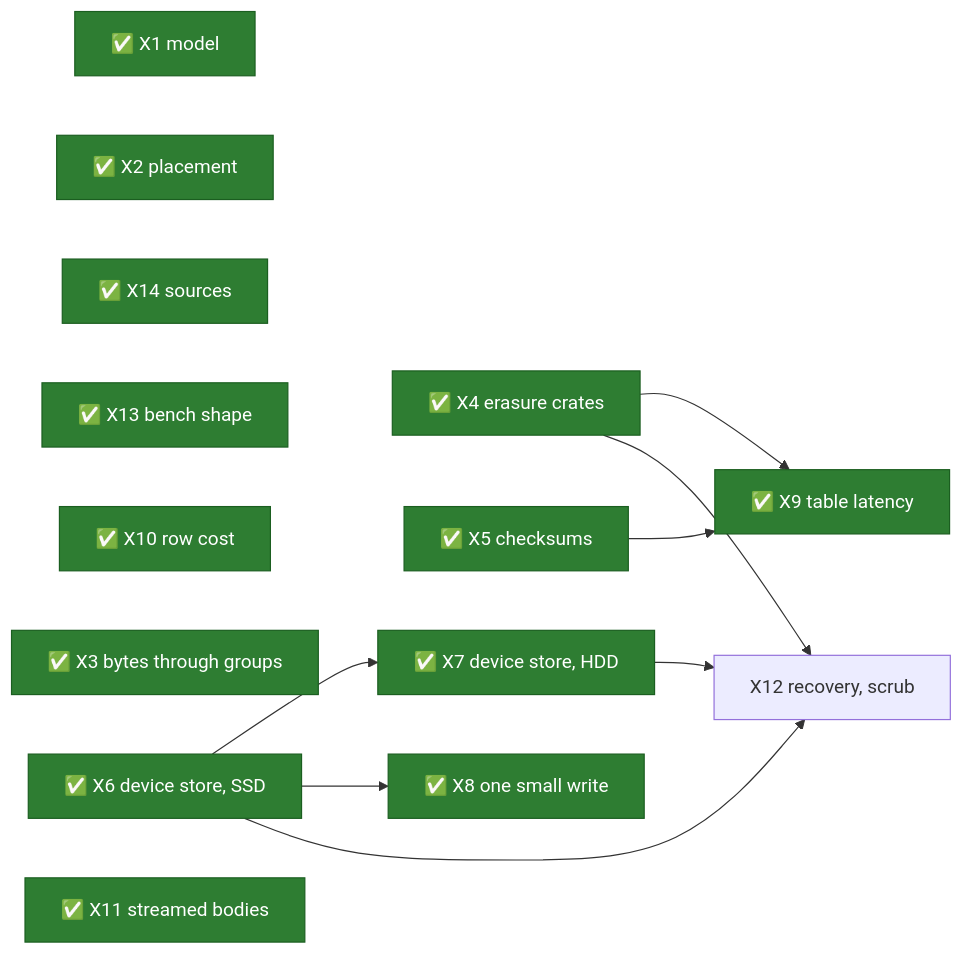
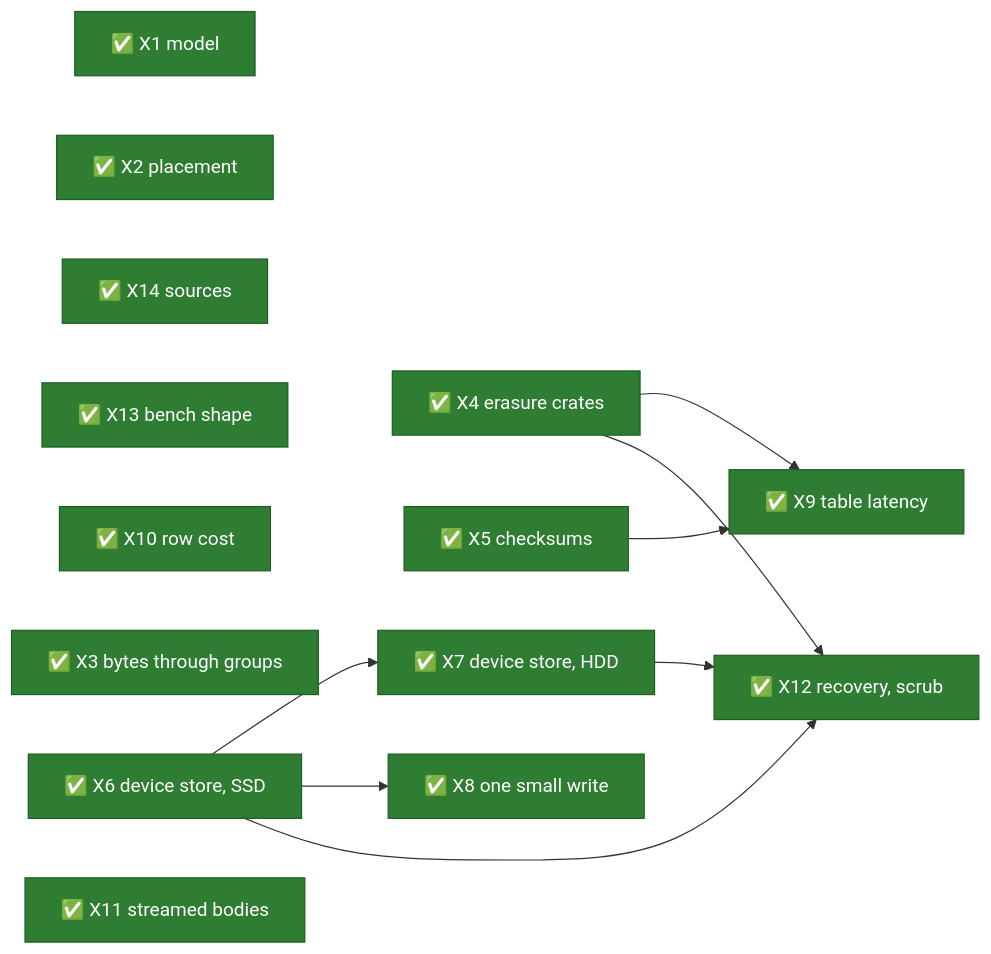
Before and after one commit to mjcarson/shoal: the diagram in docs/src/object-storage/spikes.md, drawn with Mermaid. The commit also changed other lines of this file and 190 other files, not shown here.

````diff
--- a/docs/src/object-storage/spikes.md
+++ b/docs/src/object-storage/spikes.md
@@ -881,25 +912,25 @@
 ```mermaid
 flowchart LR
     classDef done fill:#2e7d32,stroke:#1b5e20,color:#ffffff
     X1["✅ X1 model"]:::done
     X2["✅ X2 placement"]:::done
     X14["✅ X14 sources"]:::done
     X13["✅ X13 bench shape"]:::done
     X10["✅ X10 row cost"]:::done
     X3["✅ X3 bytes through groups"]:::done
     X4["✅ X4 erasure crates"]:::done
     X5["✅ X5 checksums"]:::done
     X6["✅ X6 device store, SSD"]:::done
     X7["✅ X7 device store, HDD"]:::done
     X8["✅ X8 one small write"]:::done
     X9["✅ X9 table latency"]:::done
     X11["✅ X11 streamed bodies"]:::done
-    X12["X12 recovery, scrub"]
+    X12["✅ X12 recovery, scrub"]:::done
     X4 --> X9
     X5 --> X9
     X6 --> X7
     X6 --> X8
     X4 --> X12
     X6 --> X12
     X7 --> X12
 ```
````
